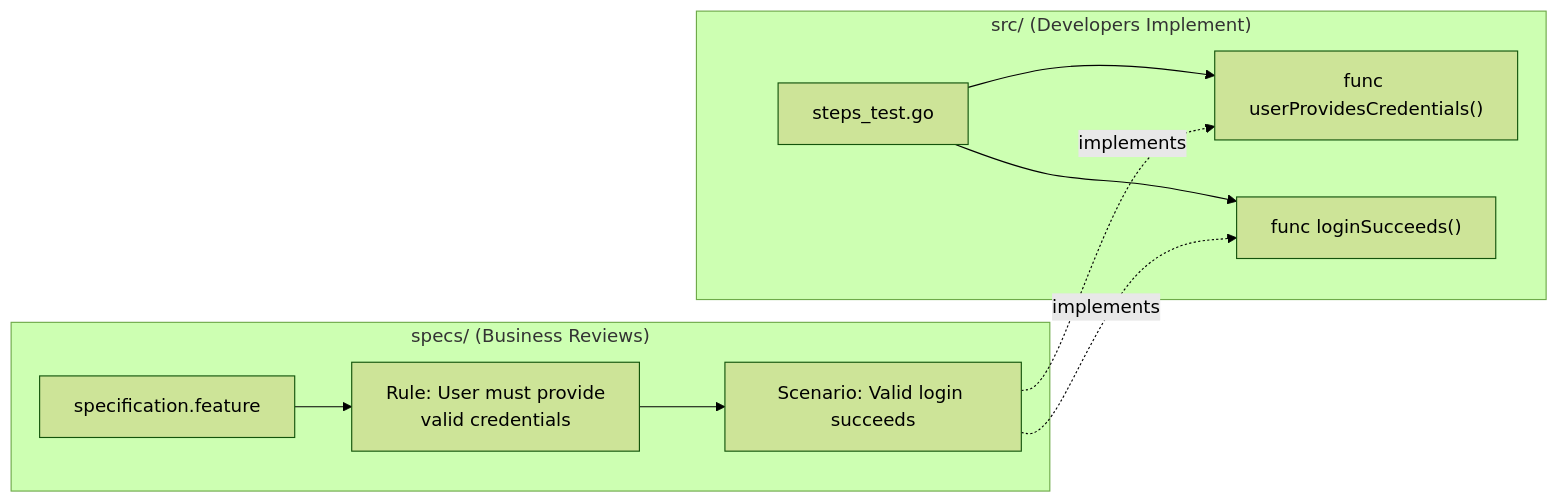
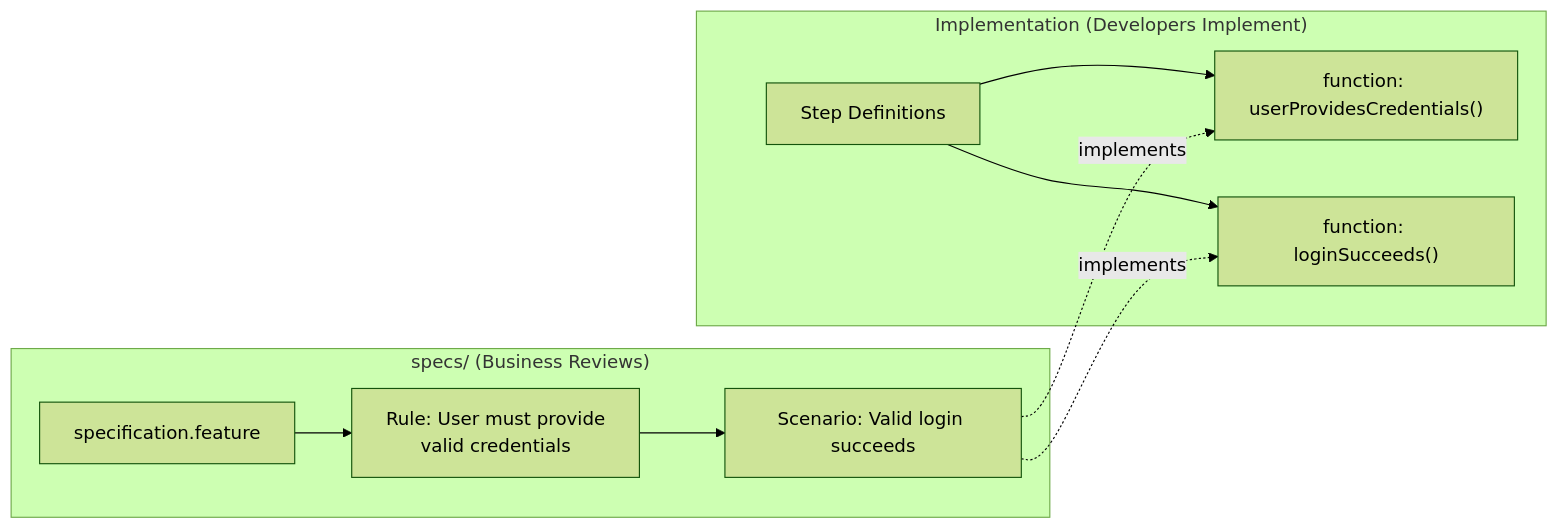
The first of 2 diagrams in docs/explanation/specifications/working-with-specifications.md (ready-to-release/eac), drawn with Mermaid (forest theme) before and after one commit. The commit also changed other lines of this file and 4 other files, not shown here.

````diff
--- a/docs/explanation/specifications/working-with-specifications.md
+++ b/docs/explanation/specifications/working-with-specifications.md
@@ -39,24 +39,24 @@
 ```mermaid
 flowchart LR
     subgraph Specs["specs/ (Business Reviews)"]
         SpecFile["specification.feature"]
         Rule["Rule: User must provide<br/>valid credentials"]
         Scenario["Scenario: Valid login succeeds"]
 
         SpecFile --> Rule
         Rule --> Scenario
     end
 
-    subgraph Src["src/ (Developers Implement)"]
-        Steps["steps_test.go"]
-        Func1["func userProvidesCredentials()"]
-        Func2["func loginSucceeds()"]
+    subgraph Src["Implementation (Developers Implement)"]
+        Steps["Step Definitions"]
+        Func1["function: userProvidesCredentials()"]
+        Func2["function: loginSucceeds()"]
 
         Steps --> Func1
         Steps --> Func2
     end
 
     Scenario -.implements.-> Func1
     Scenario -.implements.-> Func2
 
 ```
````
